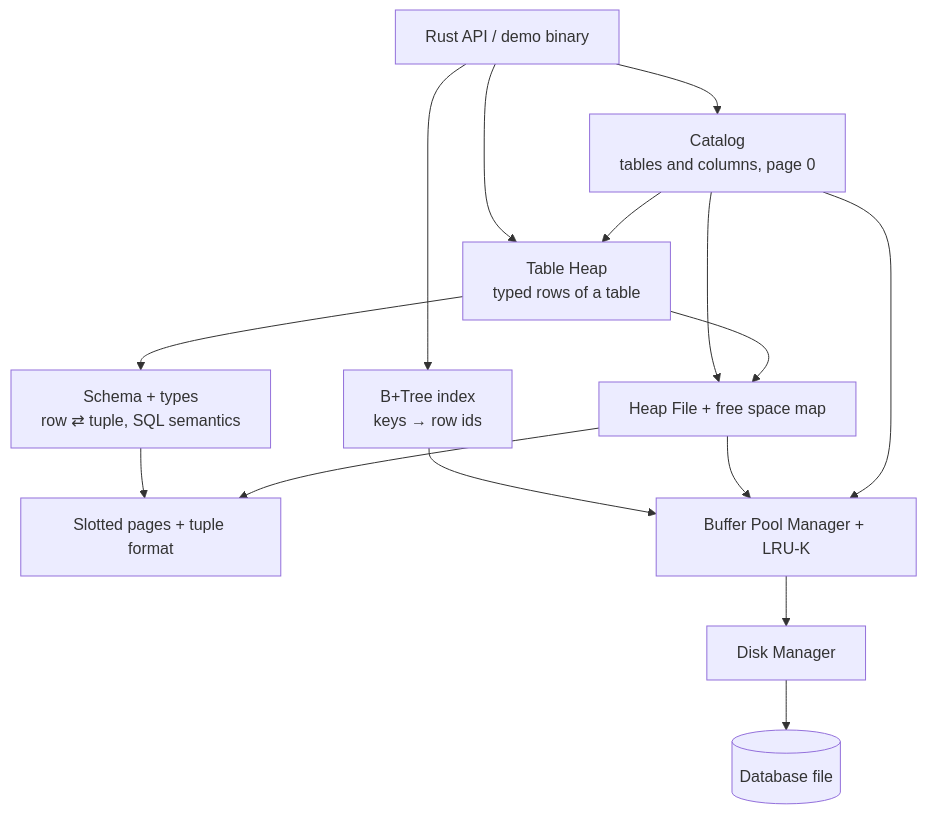
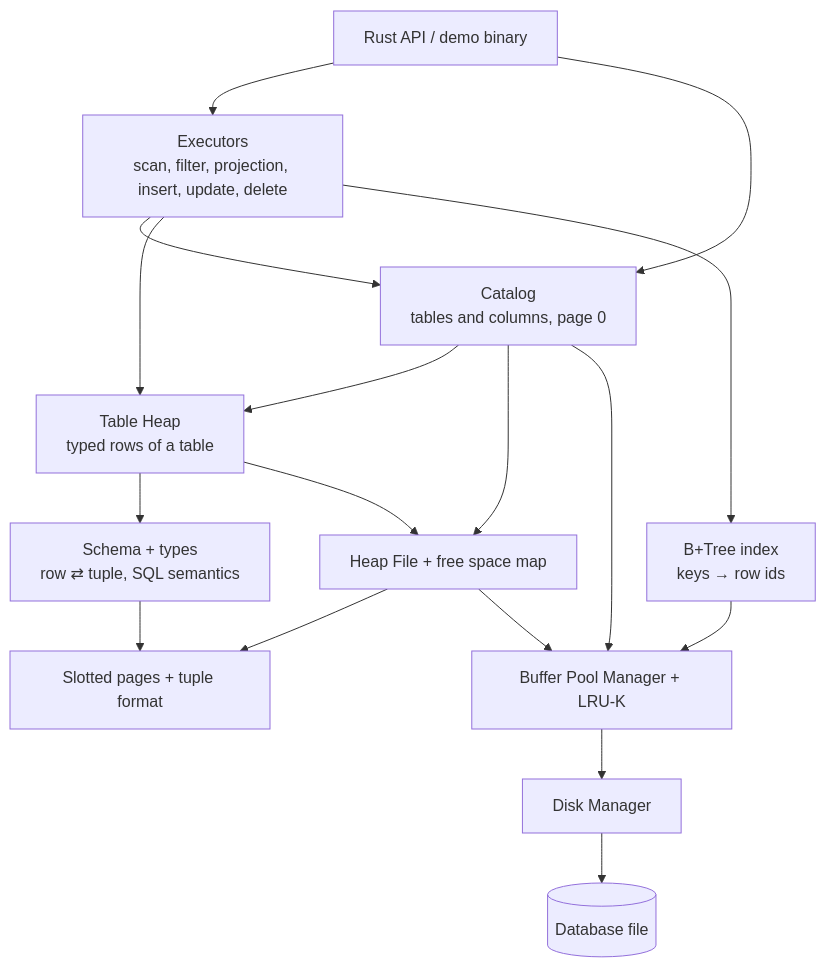
Before and after one commit to RodrigoGrz/ferro-db: the diagram in README.md, drawn with Mermaid. The commit also changed other lines of this file and 25 other files, not shown here.

````diff
--- a/README.md
+++ b/README.md
@@ -46,28 +47,31 @@
 ```mermaid
 flowchart TD
     app["Rust API / demo binary"]
     catalog["Catalog<br/>tables and columns, page 0"]
     tableheap["Table Heap<br/>typed rows of a table"]
     btree["B+Tree index<br/>keys → row ids"]
+    exec["Executors<br/>scan, filter, projection, insert, update, delete"]
     schema["Schema + types<br/>row ⇄ tuple, SQL semantics"]
     heap["Heap File + free space map"]
     page["Slotted pages + tuple format"]
     bpm["Buffer Pool Manager + LRU-K"]
     disk["Disk Manager"]
     file[("Database file")]
 
+    app --> exec
+    exec --> catalog
+    exec --> tableheap
+    exec --> btree
     app --> catalog
-    app --> tableheap
-    app --> btree
     btree --> bpm
     catalog --> tableheap
     catalog --> heap
     tableheap --> schema
     tableheap --> heap
     schema --> page
     heap --> page
     heap --> bpm
     catalog --> bpm
     bpm --> disk
     disk --> file
 ```
````
